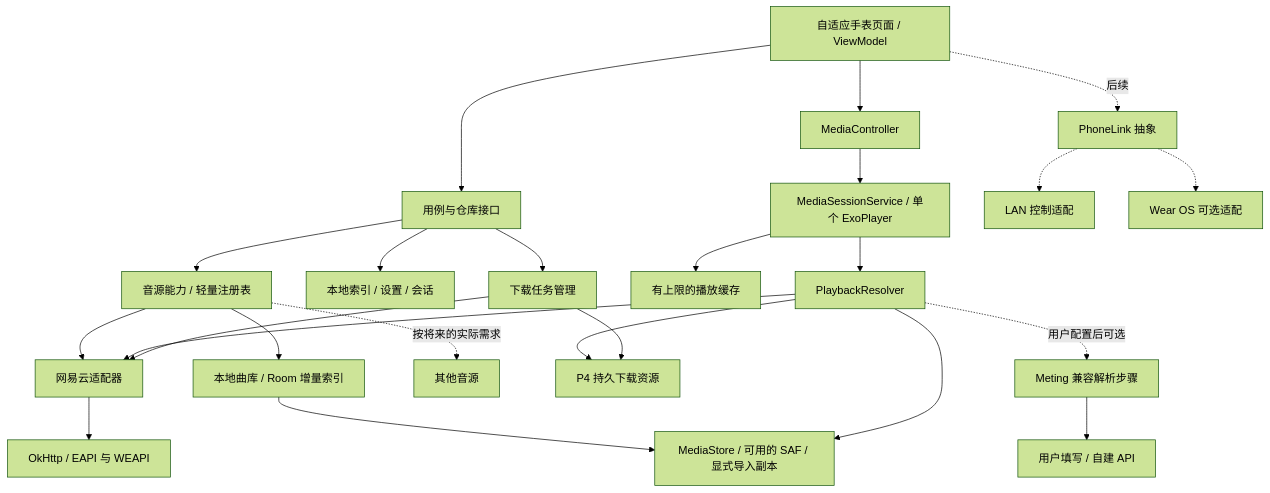
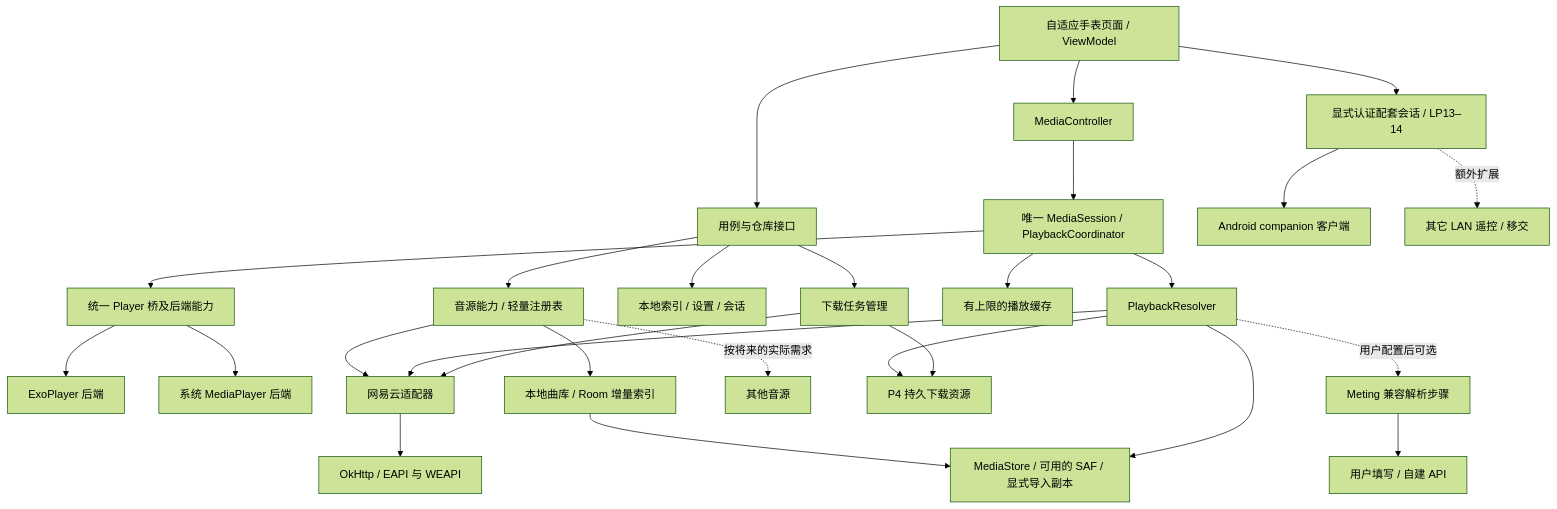
One commit to OnlineMo/MeloX-Watch changed the diagram in docs/03-技术架构与接口.md. Above: the diagram before and after it, drawn with Mermaid (forest theme). The commit also changed other lines of this file and 32 other files, not shown here.

````diff
--- a/docs/03-技术架构与接口.md
+++ b/docs/03-技术架构与接口.md
@@ -11,26 +11,29 @@
 ```mermaid
 flowchart TD
     UI[自适应手表页面 / ViewModel] --> UC[用例与仓库接口]
     UI --> MC[MediaController]
-    MC --> PS[MediaSessionService / 单个 ExoPlayer]
+    MC --> PS[唯一 MediaSession / PlaybackCoordinator]
+    PS --> BR[统一 Player 桥及后端能力]
+    BR --> EP[ExoPlayer 后端]
+    BR --> MP[系统 MediaPlayer 后端]
     UC --> REG[音源能力 / 轻量注册表]
     REG --> NR[网易云适配器]
     REG --> LR[本地曲库 / Room 增量索引]
     REG -. 按将来的实际需求 .-> EXTRA[其他音源]
     LR --> LOCAL[MediaStore / 可用的 SAF / 显式导入副本]
     UC --> DB[本地索引 / 设置 / 会话]
     PS --> RES[PlaybackResolver]
     RES --> LOCAL
     RES --> DL[P4 持久下载资源]
     RES --> NR
     RES -. 用户配置后可选 .-> MR[Meting 兼容解析步骤]
     MR --> CUSTOM[用户填写 / 自建 API]
     NR --> HTTP[OkHttp / EAPI 与 WEAPI]
     PS --> CACHE[有上限的播放缓存]
     UC --> DM[下载任务管理]
     DM --> NR
     DM --> DL
-    UI -. 后续 .-> LINK[PhoneLink 抽象]
-    LINK -.-> LAN[LAN 控制适配]
-    LINK -.-> WEAR[Wear OS 可选适配]
+    UI --> LINK[显式认证配套会话 / LP13–14]
+    LINK --> PHONE[Android companion 客户端]
+    LINK -. 额外扩展 .-> LAN[其它 LAN 遥控 / 移交]
 ```
````
